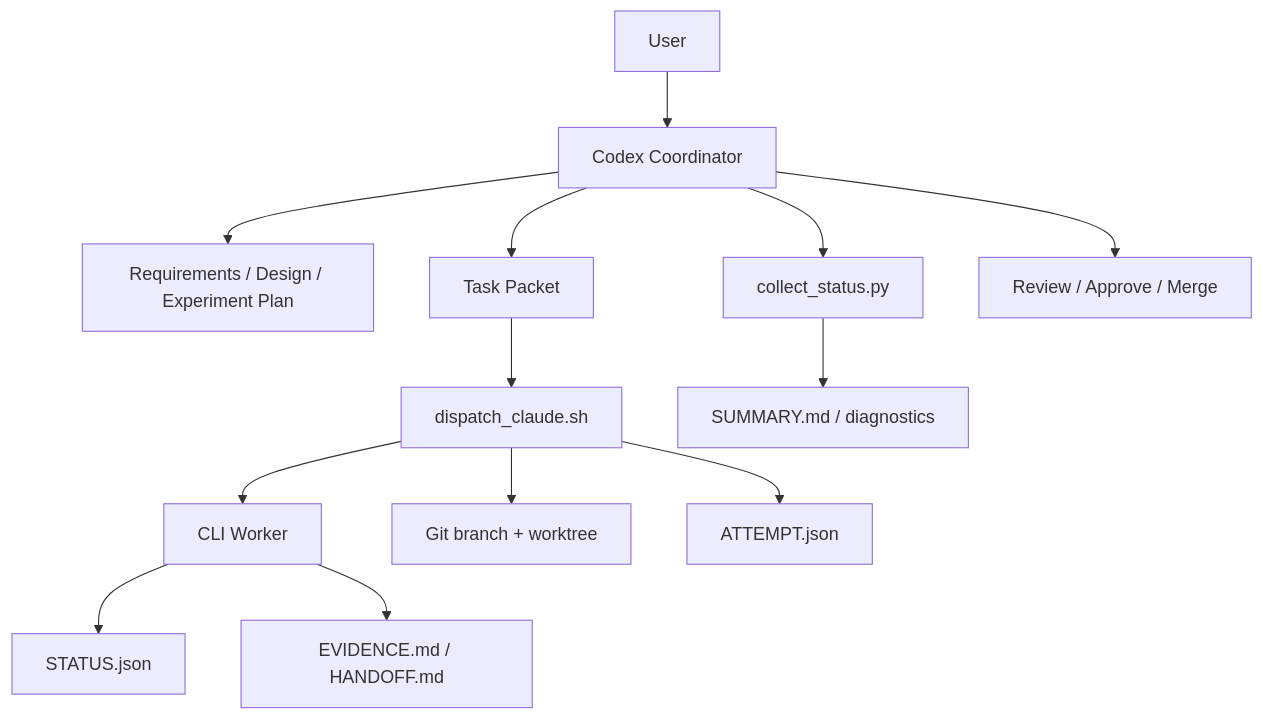
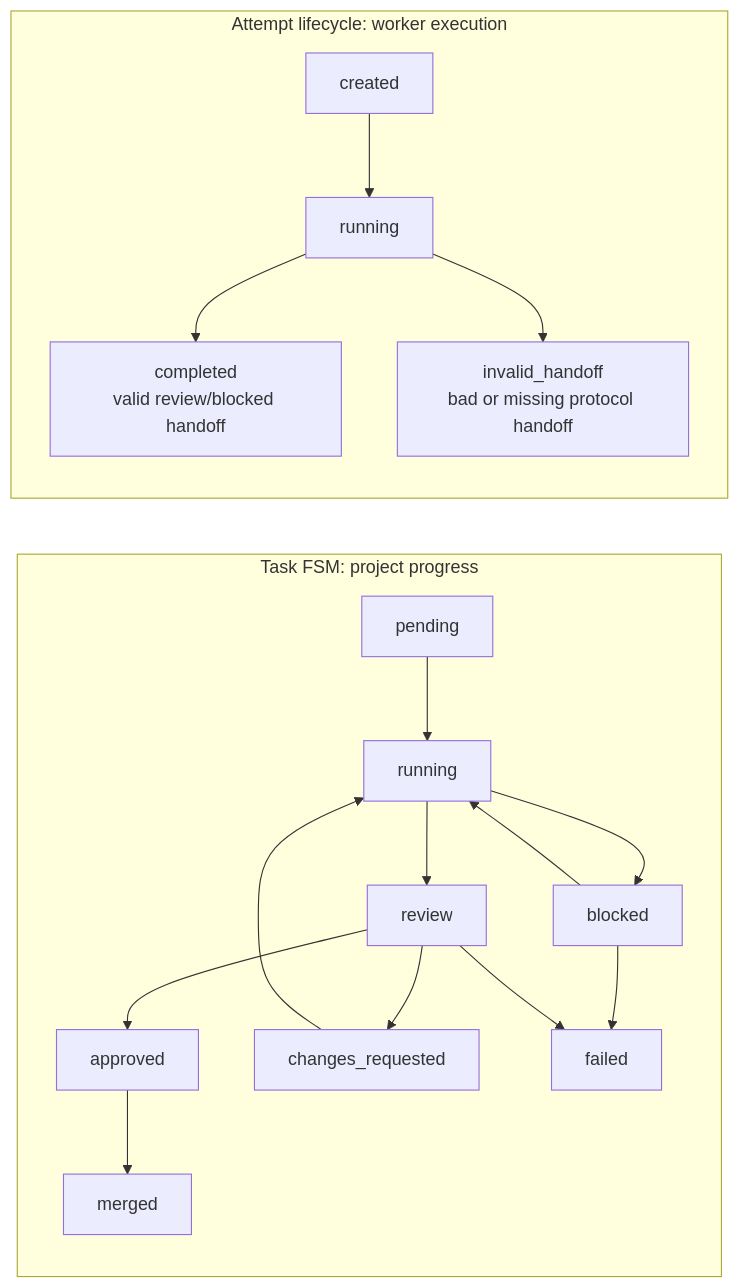
Before and after one commit to LKCY23/research-dev-orchestrator: the second of 2 diagrams in README.md, drawn with Mermaid. The commit also changed other lines of this file, not shown here.

Commit message:
Improve README architecture diagrams

````diff
--- a/README.md
+++ b/README.md
@@ -56,15 +182,21 @@
 ```mermaid
-flowchart TD
-  U["User"] --> C["Codex Coordinator"]
-  C --> R["Requirements / Design / Experiment Plan"]
-  C --> T["Task Packet"]
-  T --> D["dispatch_claude.sh"]
-  D --> W["CLI Worker"]
-  D --> G["Git branch + worktree"]
-  W --> S["STATUS.json"]
-  W --> E["EVIDENCE.md / HANDOFF.md"]
-  D --> A["ATTEMPT.json"]
-  C --> CS["collect_status.py"]
-  CS --> M["SUMMARY.md / diagnostics"]
-  C --> RV["Review / Approve / Merge"]
+flowchart LR
+  subgraph TaskFSM["Task FSM: project progress"]
+    P["pending"] --> R["running"]
+    R --> V["review"]
+    R --> B["blocked"]
+    V --> A["approved"]
+    V --> CR["changes_requested"]
+    A --> M["merged"]
+    CR --> R
+    B --> R
+    B --> F["failed"]
+    V --> F
+  end
+
+  subgraph AttemptLifecycle["Attempt lifecycle: worker execution"]
+    C["created"] --> AR["running"]
+    AR --> DONE["completed<br/>valid review/blocked handoff"]
+    AR --> BAD["invalid_handoff<br/>bad or missing protocol handoff"]
+  end
 ```
````
